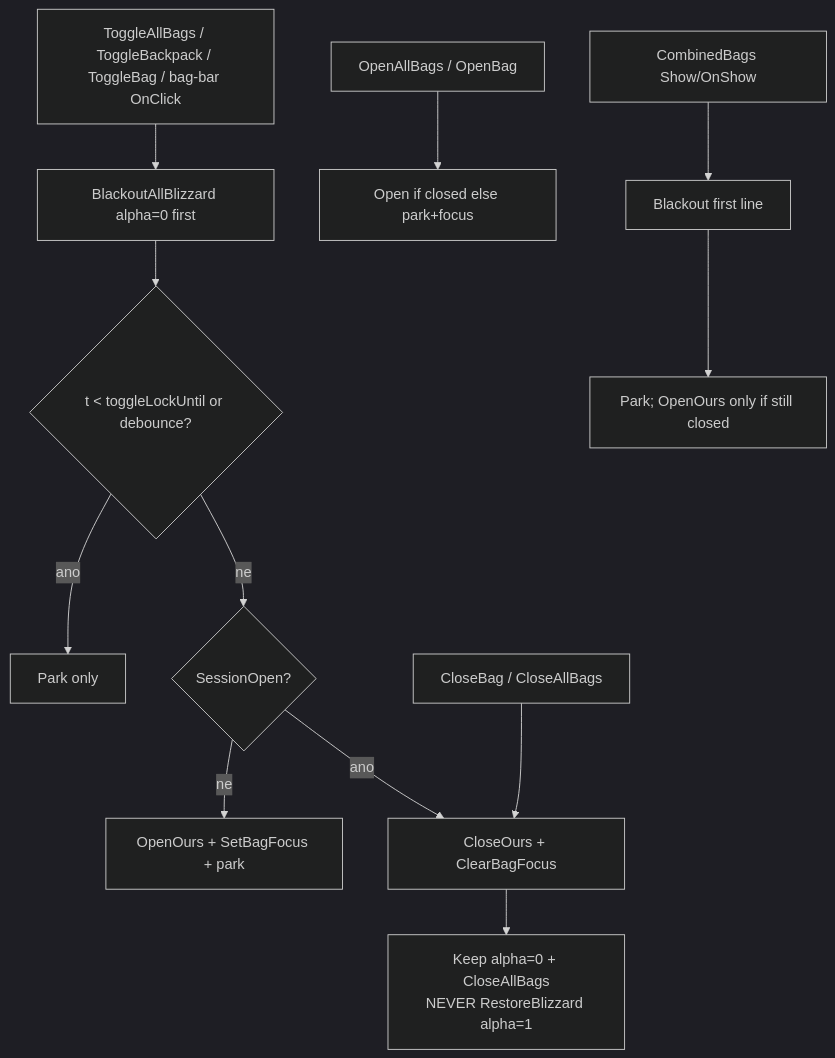
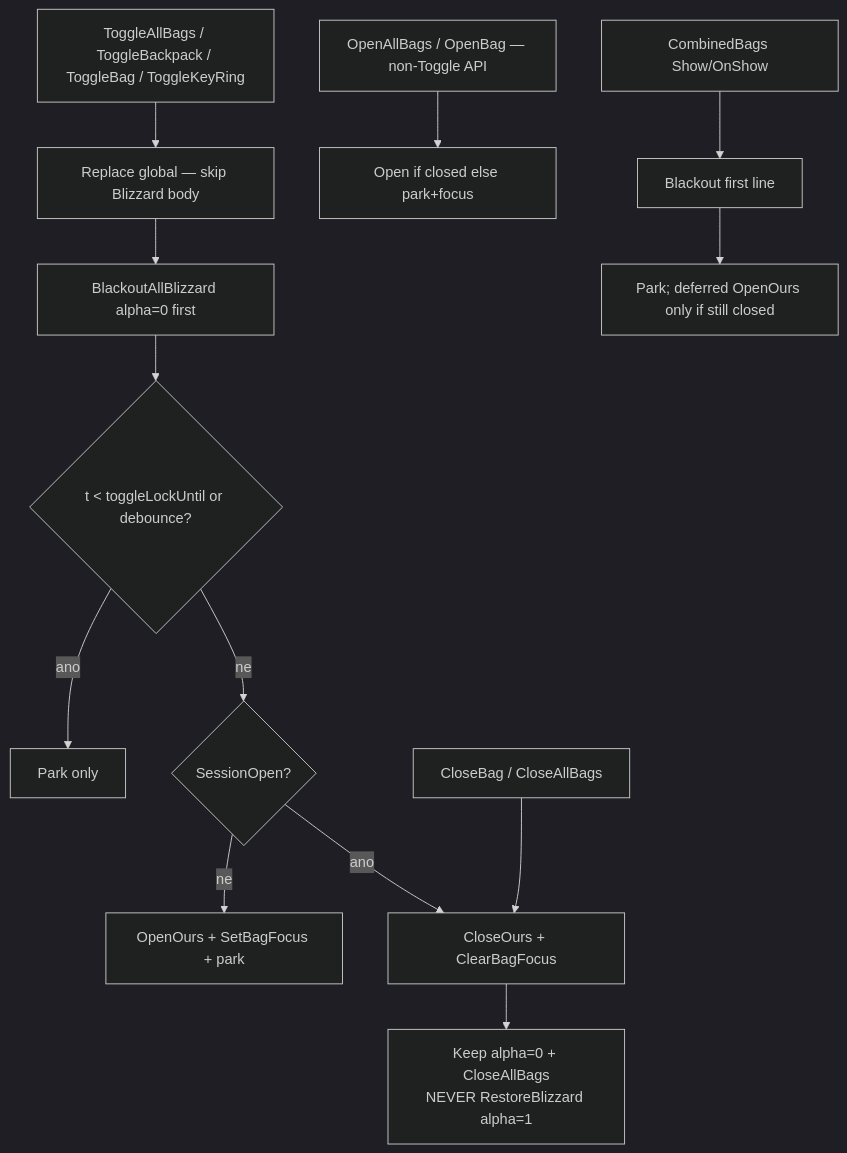
The first of 5 diagrams in addons/BetterBackpack/Docs/loops.md (sirTurbisCZ/wow-forever-addons), drawn with Mermaid (dark theme) before and after one commit. The commit also changed other lines of this file and 6 other files, not shown here.

First line of the commit message:
BetterBackpack 0.5.3: replace Toggle* to stop B open/close freeze

````diff
--- a/addons/BetterBackpack/Docs/loops.md
+++ b/addons/BetterBackpack/Docs/loops.md
@@ -12,15 +12,16 @@
 ```mermaid
 flowchart TD
-  B[ToggleAllBags / ToggleBackpack / ToggleBag / bag-bar OnClick]
-  B --> Black[BlackoutAllBlizzard alpha=0 first]
+  B[ToggleAllBags / ToggleBackpack / ToggleBag / ToggleKeyRing]
+  B --> Rep[Replace global — skip Blizzard body]
+  Rep --> Black[BlackoutAllBlizzard alpha=0 first]
   Black --> Lock{t < toggleLockUntil or debounce?}
   Lock -->|ano| Pulse[Park only]
   Lock -->|ne| Vis{SessionOpen?}
   Vis -->|ne| Open[OpenOurs + SetBagFocus + park]
   Vis -->|ano| Close[CloseOurs + ClearBagFocus]
   Close --> Keep0[Keep alpha=0 + CloseAllBags<br/>NEVER RestoreBlizzard alpha=1]
-  OpenOnly[OpenAllBags / OpenBag] --> OpenOrPark[Open if closed else park+focus]
+  OpenOnly[OpenAllBags / OpenBag — non-Toggle API] --> OpenOrPark[Open if closed else park+focus]
   CloseAPI[CloseBag / CloseAllBags] --> Close
   OnShow[CombinedBags Show/OnShow] --> BO[Blackout first line]
-  BO --> Park[Park; OpenOurs only if still closed]
+  BO --> Park[Park; deferred OpenOurs only if still closed]
 ```
````
